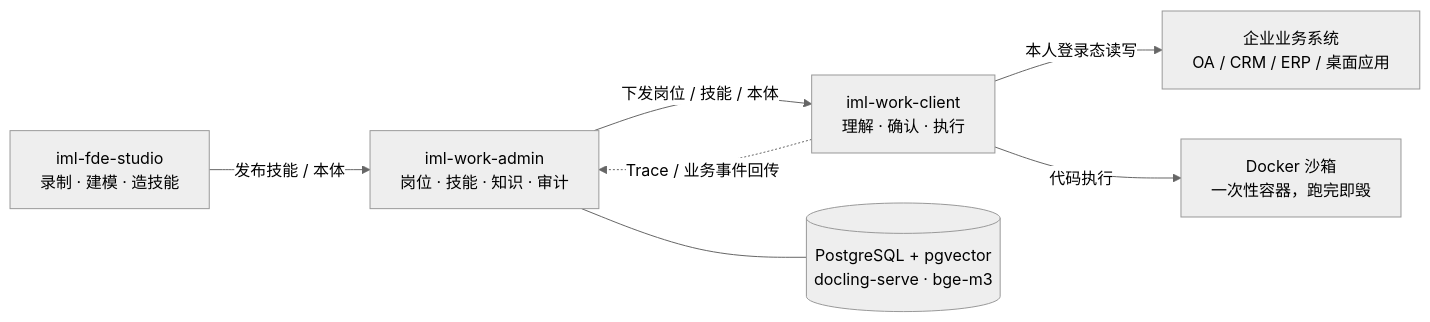
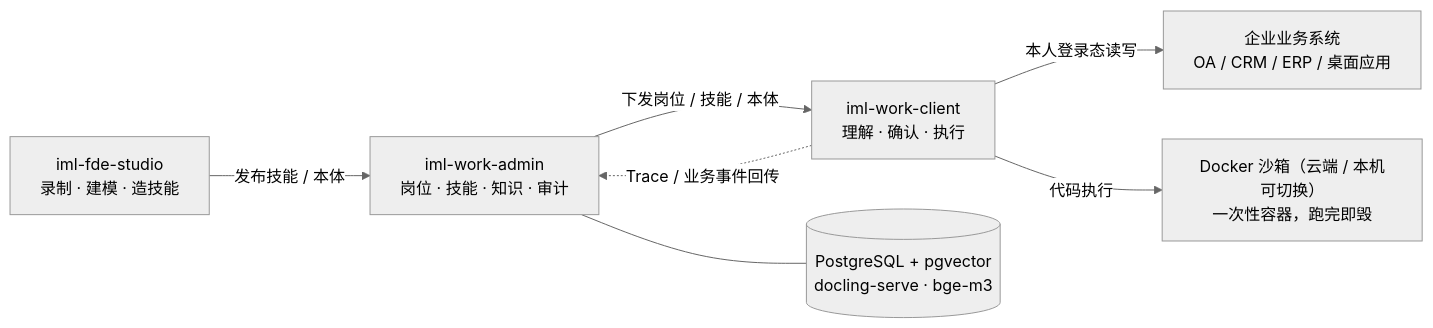
One commit to imoling/iml-work changed the diagram in README.md. Above: the diagram before and after it, drawn with Mermaid (neutral theme). The commit also changed other lines of this file and 104 other files, not shown here.

````diff
--- a/README.md
+++ b/README.md
@@ -36,9 +36,9 @@
 ```mermaid
 flowchart LR
     FDE["iml-fde-studio<br/>录制 · 建模 · 造技能"] -->|发布技能 / 本体| ADMIN["iml-work-admin<br/>岗位 · 技能 · 知识 · 审计"]
     ADMIN -->|下发岗位 / 技能 / 本体| CLIENT["iml-work-client<br/>理解 · 确认 · 执行"]
     CLIENT -.->|Trace / 业务事件回传| ADMIN
     CLIENT -->|本人登录态读写| BIZ["企业业务系统<br/>OA / CRM / ERP / 桌面应用"]
-    CLIENT -->|代码执行| BOX["Docker 沙箱<br/>一次性容器，跑完即毁"]
+    CLIENT -->|代码执行| BOX["Docker 沙箱（云端 / 本机可切换）<br/>一次性容器，跑完即毁"]
     ADMIN --- INFRA[("PostgreSQL + pgvector<br/>docling-serve · bge-m3")]
 ```
````
